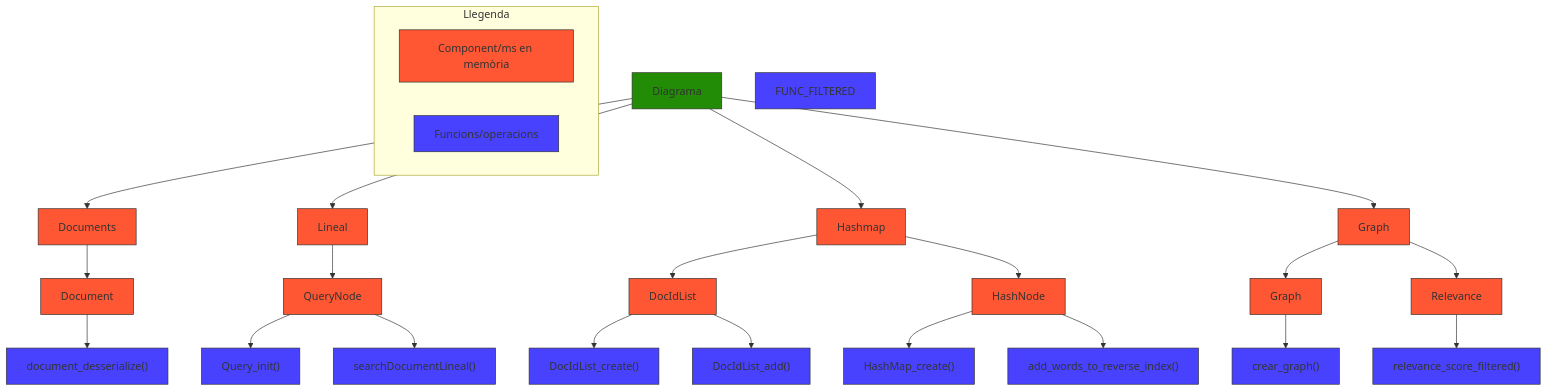
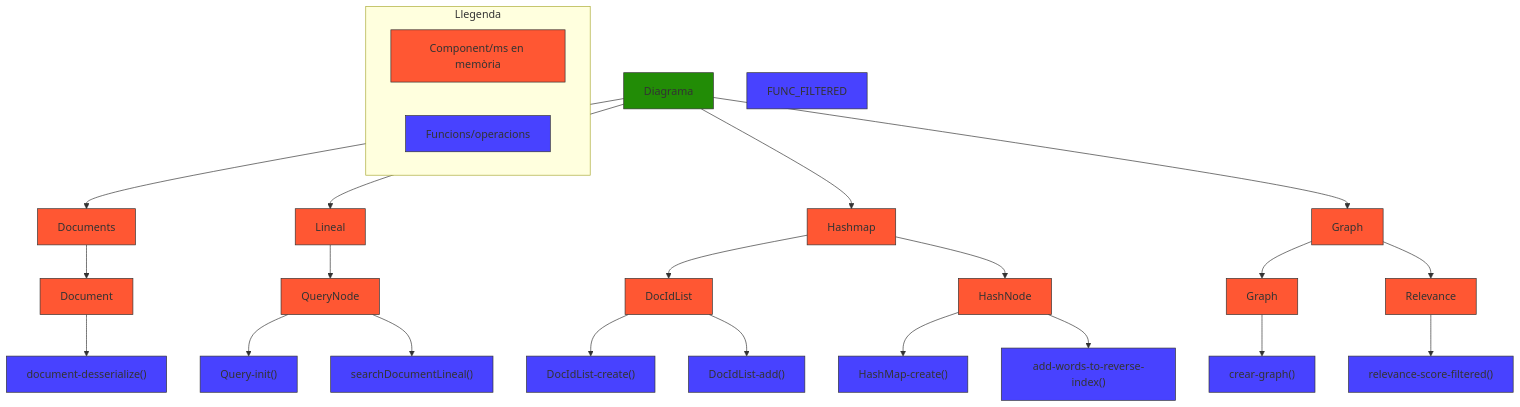
The diagram in REPORT.md (bernatnogueras/edaii-2025-P202-48), drawn with Mermaid before and after one commit.

Commit message:
modification litle mistake

````diff
--- a/REPORT.md
+++ b/REPORT.md
@@ -7,69 +7,69 @@
 ```mermaid
 flowchart TD
 
     %% Nodo raíz
     DIAG["Diagrama"] 
 
     %% Rama Documents
     DIAG --> DOCUMENTS["Documents"]
     DOCUMENTS --> DOCUMENT["Document"]
-    DOCUMENT --> FUNC_DESERIALIZE["document_desserialize()"]
+    DOCUMENT --> FUNC_DESERIALIZE["document-desserialize()"]
 
     %% Rama Lineal
     DIAG --> LINEAL["Lineal"]
     LINEAL --> QNODE["QueryNode"]
-    QNODE --> FUNC_Q_INIT["Query_init()"]
+    QNODE --> FUNC_Q_INIT["Query-init()"]
     QNODE --> FUNC_SEARCH_DOC_LINEAL["searchDocumentLineal()"]
 
     %% Rama Hashmap
     DIAG --> HASHMAP["Hashmap"]
     HASHMAP --> DOCLIST["DocIdList"]
-    DOCLIST --> FUNC_DOCLIST_CREATE["DocIdList_create()"]
-    DOCLIST --> FUNC_DOCLIST_ADD["DocIdList_add()"]
+    DOCLIST --> FUNC_DOCLIST_CREATE["DocIdList-create()"]
+    DOCLIST --> FUNC_DOCLIST_ADD["DocIdList-add()"]
     HASHMAP --> HASHNODE["HashNode"]
-    HASHNODE --> FUNC_HASHMAP_INIT["HashMap_create()"]
-    HASHNODE --> FUNC_ADD_WORD["add_words_to_reverse_index()"]
+    HASHNODE --> FUNC_HASHMAP_INIT["HashMap-create()"]
+    HASHNODE --> FUNC_ADD_WORD["add-words-to-reverse-index()"]
 
     %% Rama Graph
     DIAG --> GRAPH["Graph"]
     GRAPH --> GRAPH_NODE["Graph"]
-    GRAPH_NODE --> FUNC_WAR_GRAPH["crear_graph()"]
+    GRAPH_NODE --> FUNC_WAR_GRAPH["crear-graph()"]
     GRAPH --> RELEVANCE["Relevance"]
-    RELEVANCE --> FUNC_REL_SCAN["relevance_score_filtered()"]
+    RELEVANCE --> FUNC_REL_SCAN["relevance-score-filtered()"]
 
     %% Estilos de colores
     style DIAG fill:#228c06,stroke:#333,stroke-width:1px
 
     style DOCUMENTS fill:#ff5733,stroke:#333,stroke-width:1px
     style DOCUMENT fill:#ff5733,stroke:#333,stroke-width:1px
     style FUNC_DESERIALIZE fill:#4842ff,stroke:#333,stroke-width:1px
 
     style LINEAL fill:#ff5733,stroke:#333,stroke-width:1px
     style QNODE fill:#ff5733,stroke:#333,stroke-width:1px
     style FUNC_Q_INIT fill:#4842ff,stroke:#333,stroke-width:1px
     style FUNC_SEARCH_DOC_LINEAL fill:#4842ff,stroke:#333,stroke-width:1px
 
     style HASHMAP fill:#ff5733,stroke:#333,stroke-width:1px
     style DOCLIST fill:#ff5733,stroke:#333,stroke-width:1px
     style FUNC_DOCLIST_CREATE fill:#4842ff,stroke:#333,stroke-width:1px
     style FUNC_DOCLIST_ADD fill:#4842ff,stroke:#333,stroke-width:1px
     style HASHNODE fill:#ff5733,stroke:#333,stroke-width:1px
     style FUNC_HASHMAP_INIT fill:#4842ff,stroke:#333,stroke-width:1px
     style FUNC_ADD_WORD fill:#4842ff,stroke:#333,stroke-width:1px
 
     style GRAPH fill:#ff5733,stroke:#333,stroke-width:1px
     style GRAPH_NODE fill:#ff5733,stroke:#333,stroke-width:1px
     style FUNC_WAR_GRAPH fill:#4842ff,stroke:#333,stroke-width:1px
     style RELEVANCE fill:#ff5733,stroke:#333,stroke-width:1px
     style FUNC_REL_SCAN fill:#4842ff,stroke:#333,stroke-width:1px
     style FUNC_FILTERED fill:#4842ff,stroke:#333,stroke-width:1px
 
     %% Leyenda (opcional)
     subgraph Leyenda["Llegenda"]
         green["Component/ms en memòria"] 
         purple["Funcions/operacions"]
     end
 
     style green fill:#ff5733,stroke:#333,stroke-width:1px
     style purple fill:#4842ff,stroke:#333,stroke-width:1px
 ```
````
